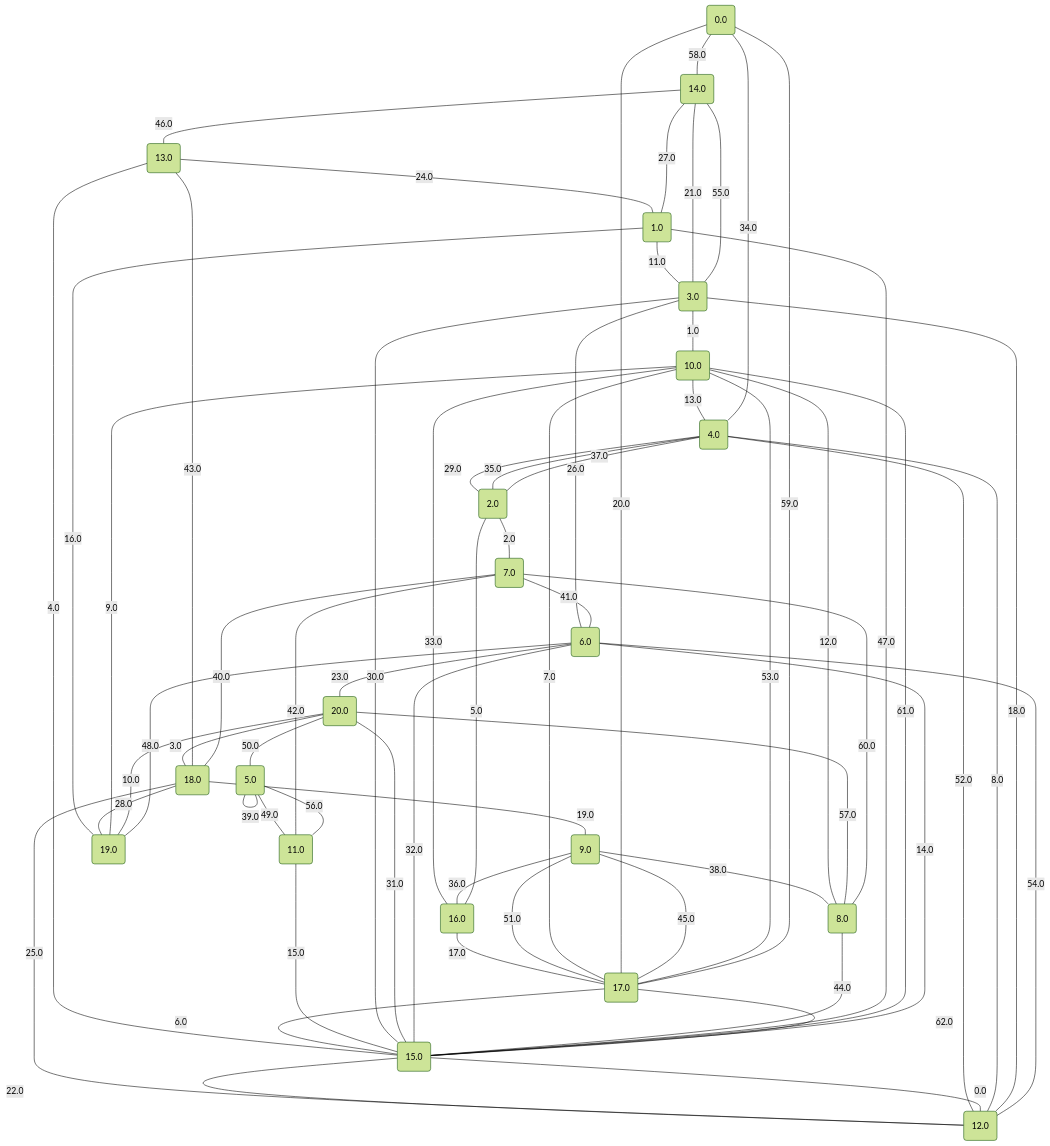
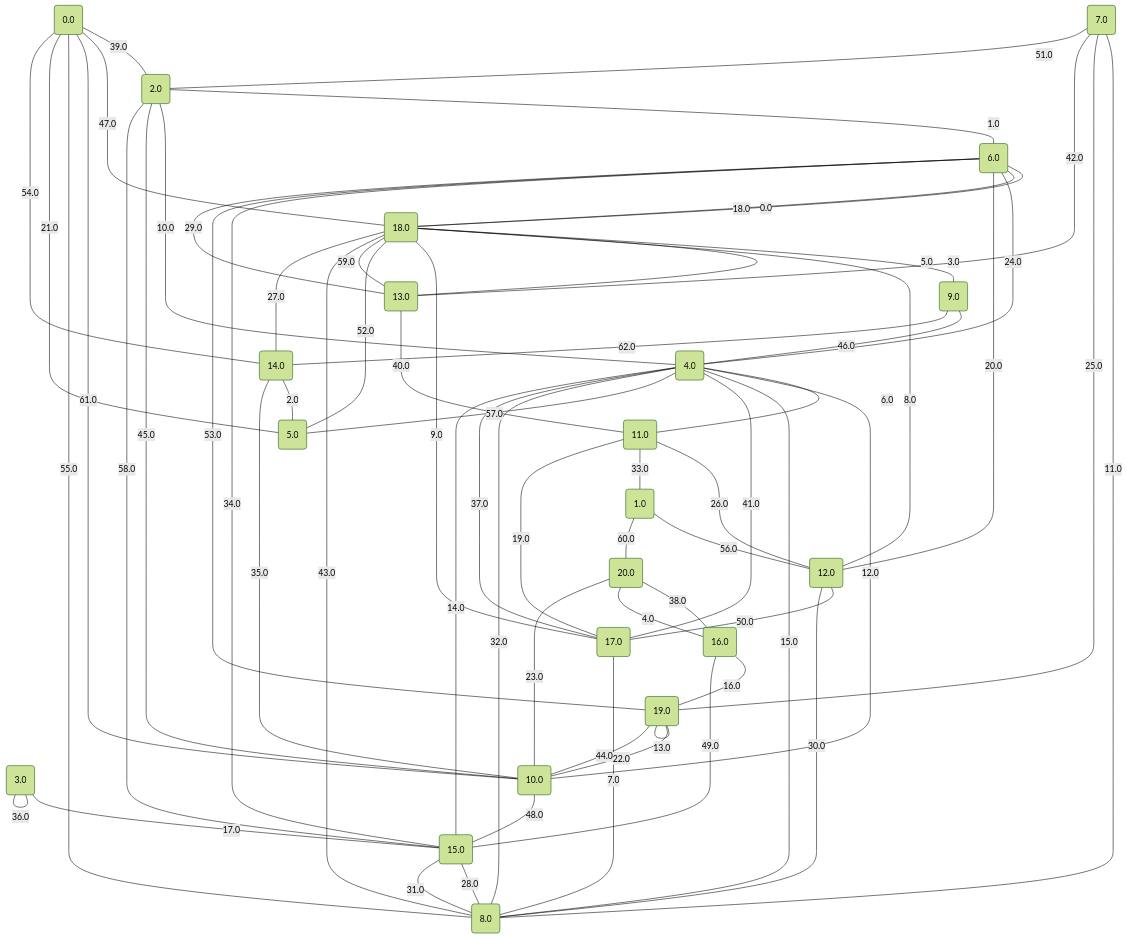
Before and after one commit to metury/graphs: the diagram in project/src/testing/graphs/16.md, drawn with Mermaid (forest theme). The commit also changed 27 other files, not shown here.

````diff
--- a/project/src/testing/graphs/16.md
+++ b/project/src/testing/graphs/16.md
@@ -21,67 +21,67 @@
 18("18.0");
 19("19.0");
 20("20.0");
-	12 -- "0.0" --- 15;
-	3 -- "1.0" --- 10;
-	2 -- "2.0" --- 7;
-	20 -- "3.0" --- 18;
-	13 -- "4.0" --- 15;
-	16 -- "5.0" --- 2;
-	17 -- "6.0" --- 15;
-	17 -- "7.0" --- 10;
-	12 -- "8.0" --- 4;
-	19 -- "9.0" --- 10;
-	19 -- "10.0" --- 20;
-	1 -- "11.0" --- 3;
-	8 -- "12.0" --- 10;
-	10 -- "13.0" --- 4;
-	15 -- "14.0" --- 6;
-	11 -- "15.0" --- 15;
-	1 -- "16.0" --- 19;
-	16 -- "17.0" --- 17;
-	12 -- "18.0" --- 3;
-	18 -- "19.0" --- 9;
-	17 -- "20.0" --- 0;
-	14 -- "21.0" --- 3;
-	15 -- "22.0" --- 12;
-	6 -- "23.0" --- 20;
-	13 -- "24.0" --- 1;
-	18 -- "25.0" --- 12;
-	3 -- "26.0" --- 6;
-	1 -- "27.0" --- 14;
-	18 -- "28.0" --- 19;
-	4 -- "29.0" --- 2;
-	3 -- "30.0" --- 15;
-	20 -- "31.0" --- 15;
-	6 -- "32.0" --- 15;
-	10 -- "33.0" --- 16;
-	4 -- "34.0" --- 0;
-	2 -- "35.0" --- 4;
-	9 -- "36.0" --- 16;
-	2 -- "37.0" --- 4;
-	9 -- "38.0" --- 8;
-	5 -- "39.0" --- 5;
-	18 -- "40.0" --- 7;
-	7 -- "41.0" --- 6;
-	11 -- "42.0" --- 7;
-	13 -- "43.0" --- 18;
-	8 -- "44.0" --- 15;
-	17 -- "45.0" --- 9;
-	14 -- "46.0" --- 13;
-	1 -- "47.0" --- 15;
-	19 -- "48.0" --- 6;
-	5 -- "49.0" --- 11;
-	20 -- "50.0" --- 5;
-	9 -- "51.0" --- 17;
-	4 -- "52.0" --- 12;
-	17 -- "53.0" --- 10;
-	12 -- "54.0" --- 6;
-	14 -- "55.0" --- 3;
-	11 -- "56.0" --- 5;
-	8 -- "57.0" --- 20;
-	0 -- "58.0" --- 14;
-	17 -- "59.0" --- 0;
-	8 -- "60.0" --- 7;
-	10 -- "61.0" --- 15;
-	15 -- "62.0" --- 17;
+	6 -- "0.0" --- 18;
+	2 -- "1.0" --- 6;
+	14 -- "2.0" --- 5;
+	18 -- "3.0" --- 9;
+	16 -- "4.0" --- 20;
+	18 -- "5.0" --- 13;
+	4 -- "6.0" --- 11;
+	17 -- "7.0" --- 8;
+	18 -- "8.0" --- 12;
+	18 -- "9.0" --- 17;
+	2 -- "10.0" --- 4;
+	7 -- "11.0" --- 8;
+	4 -- "12.0" --- 10;
+	19 -- "13.0" --- 19;
+	15 -- "14.0" --- 4;
+	4 -- "15.0" --- 8;
+	16 -- "16.0" --- 19;
+	3 -- "17.0" --- 15;
+	6 -- "18.0" --- 18;
+	17 -- "19.0" --- 11;
+	12 -- "20.0" --- 6;
+	5 -- "21.0" --- 0;
+	19 -- "22.0" --- 10;
+	10 -- "23.0" --- 20;
+	6 -- "24.0" --- 4;
+	7 -- "25.0" --- 19;
+	11 -- "26.0" --- 12;
+	14 -- "27.0" --- 18;
+	15 -- "28.0" --- 8;
+	13 -- "29.0" --- 6;
+	8 -- "30.0" --- 12;
+	15 -- "31.0" --- 8;
+	8 -- "32.0" --- 4;
+	11 -- "33.0" --- 1;
+	15 -- "34.0" --- 6;
+	14 -- "35.0" --- 10;
+	3 -- "36.0" --- 3;
+	17 -- "37.0" --- 4;
+	20 -- "38.0" --- 16;
+	0 -- "39.0" --- 2;
+	13 -- "40.0" --- 11;
+	4 -- "41.0" --- 17;
+	7 -- "42.0" --- 13;
+	8 -- "43.0" --- 18;
+	10 -- "44.0" --- 19;
+	10 -- "45.0" --- 2;
+	9 -- "46.0" --- 4;
+	0 -- "47.0" --- 18;
+	10 -- "48.0" --- 15;
+	15 -- "49.0" --- 16;
+	12 -- "50.0" --- 17;
+	7 -- "51.0" --- 2;
+	18 -- "52.0" --- 5;
+	19 -- "53.0" --- 6;
+	14 -- "54.0" --- 0;
+	8 -- "55.0" --- 0;
+	1 -- "56.0" --- 12;
+	4 -- "57.0" --- 5;
+	15 -- "58.0" --- 2;
+	18 -- "59.0" --- 13;
+	1 -- "60.0" --- 20;
+	0 -- "61.0" --- 10;
+	9 -- "62.0" --- 14;
 ```
````
